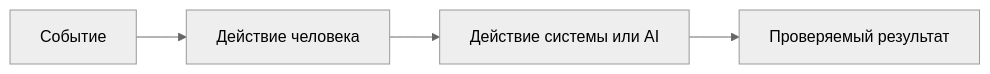
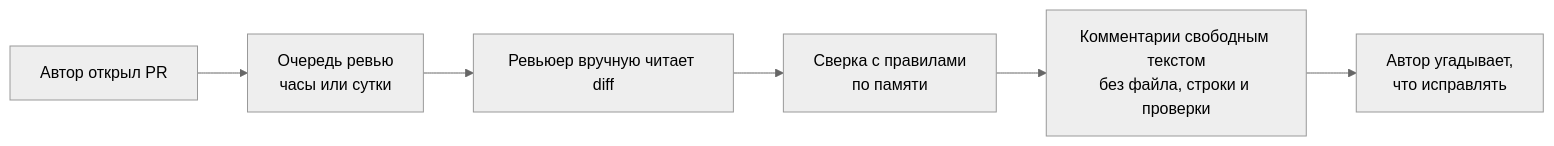
The first of 2 diagrams in practices/practice_01/analysis.md (Peper20/ITMOv2), drawn with Mermaid (neutral theme) before and after one commit. The commit also changed other lines of this file and 10 other files, not shown here.

````diff
--- a/practices/practice_01/analysis.md
+++ b/practices/practice_01/analysis.md
@@ -12,6 +22,8 @@
 ```mermaid
 flowchart LR
-    A[Событие] --> B[Действие человека]
-    B --> C[Действие системы или AI]
-    C --> D[Проверяемый результат]
+    A[Автор открыл PR] --> B[Очередь ревью<br/>часы или сутки]
+    B --> C[Ревьюер вручную читает diff]
+    C --> D[Сверка с правилами<br/>по памяти]
+    D --> E[Комментарии свободным текстом<br/>без файла, строки и проверки]
+    E --> F[Автор угадывает,<br/>что исправлять]
 ```
````
